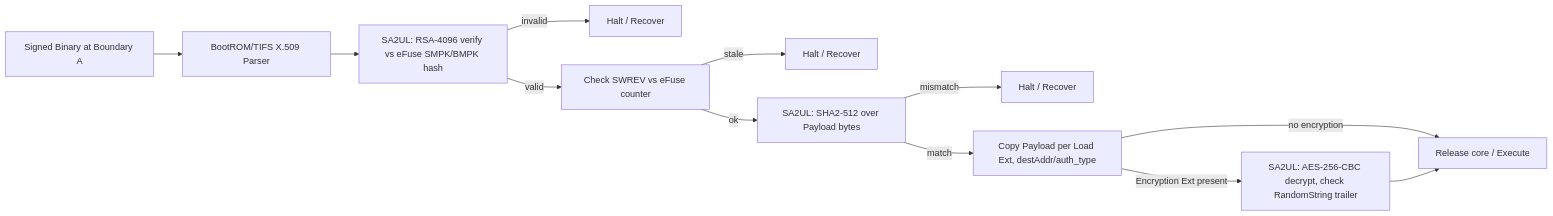
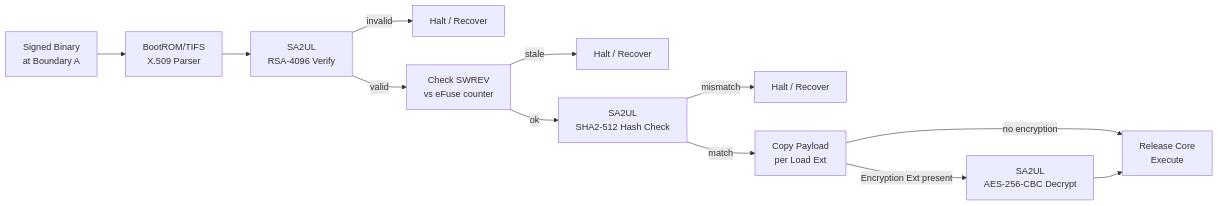
The fourth of 6 diagrams in TDA4VM_Secure_Authentic_Boot_Runtime_Integrity_Requirements.md (vinodneelakantam/Sec_Concepts_Req_tracability), drawn with Mermaid before and after one commit. The commit also changed other lines of this file, not shown here.

````diff
--- a/TDA4VM_Secure_Authentic_Boot_Runtime_Integrity_Requirements.md
+++ b/TDA4VM_Secure_Authentic_Boot_Runtime_Integrity_Requirements.md
@@ -206,14 +216,21 @@
 ```mermaid
 graph LR
-  IN["Signed Binary at Boundary A"] --> PARSE["BootROM/TIFS X.509 Parser"]
-  PARSE --> SIG["SA2UL: RSA-4096 verify vs eFuse SMPK/BMPK hash"]
+  IN["Signed Binary
+at Boundary A"] --> PARSE["BootROM/TIFS
+X.509 Parser"]
+  PARSE --> SIG["SA2UL
+RSA-4096 Verify"]
   SIG -->|invalid| HALT1["Halt / Recover"]
-  SIG -->|valid| REV["Check SWREV vs eFuse counter"]
+  SIG -->|valid| REV["Check SWREV
+vs eFuse counter"]
   REV -->|stale| HALT2["Halt / Recover"]
-  REV -->|ok| HASHCHK["SA2UL: SHA2-512 over Payload bytes"]
+  REV -->|ok| HASHCHK["SA2UL
+SHA2-512 Hash Check"]
   HASHCHK -->|mismatch| HALT3["Halt / Recover"]
-  HASHCHK -->|match| COPY["Copy Payload per Load Ext, destAddr/auth_type"]
-  COPY -->|Encryption Ext present| DEC["SA2UL: AES-256-CBC decrypt, check RandomString trailer"]
-  COPY -->|no encryption| REL["Release core / Execute"]
+  HASHCHK -->|match| COPY["Copy Payload
+per Load Ext"]
+  COPY -->|Encryption Ext present| DEC["SA2UL
+AES-256-CBC Decrypt"]
+  COPY -->|no encryption| REL["Release Core<br/>Execute"]
   DEC --> REL
 ```
````
